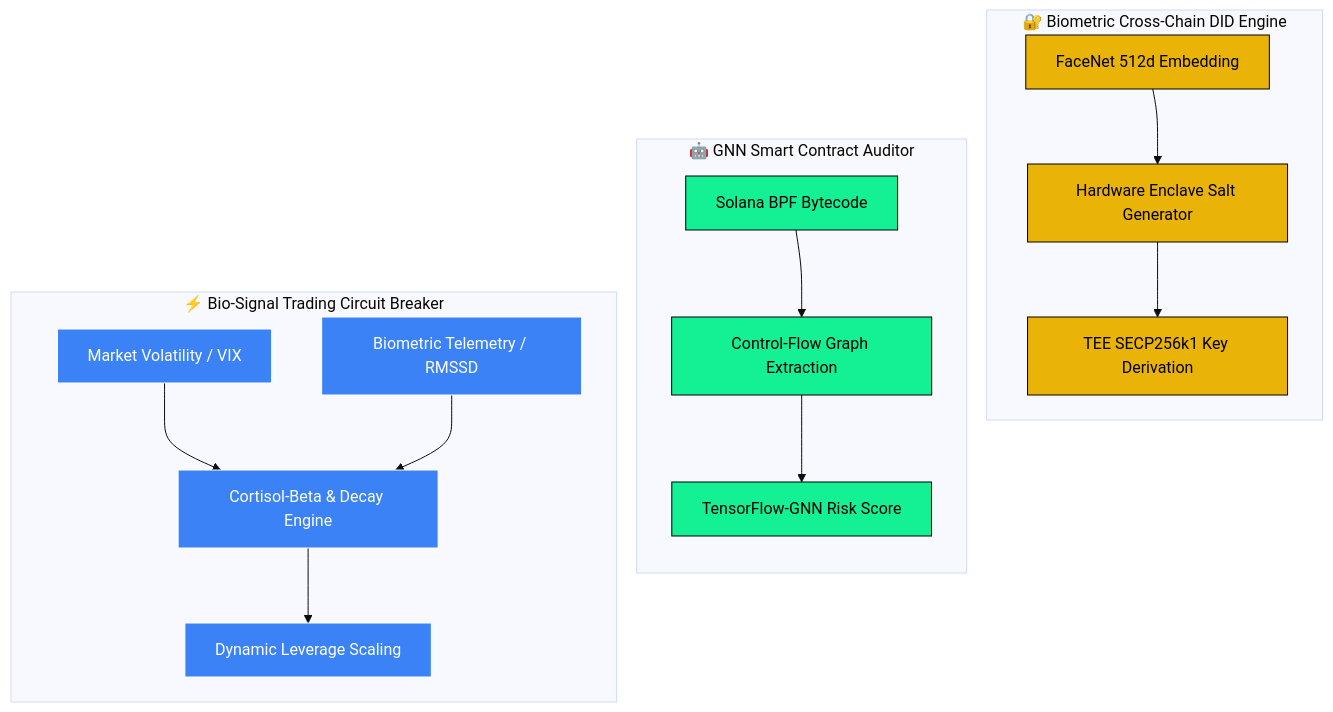
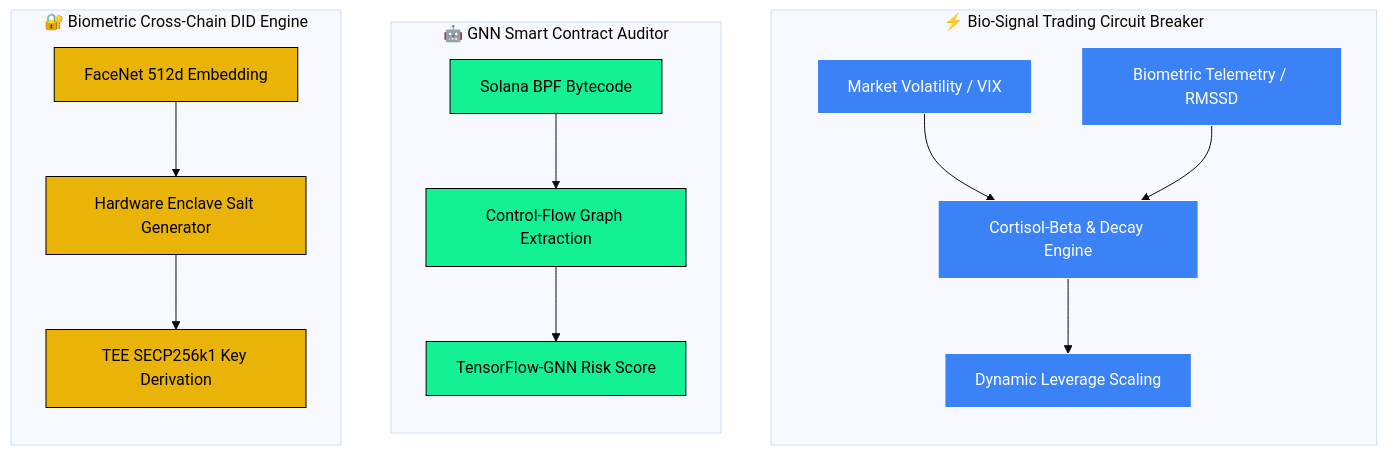
The diagram in README.md (pikum06/pikum06), drawn with Mermaid (base theme) before and after one commit.

````diff
--- a/README.md
+++ b/README.md
@@ -49,33 +49,36 @@
 ```mermaid
-graph TD
+graph LR
     subgraph P1 ["🔐 Biometric Cross-Chain DID Engine"]
+        direction TD
         A1[FaceNet 512d Embedding] --> B1[Hardware Enclave Salt Generator] --> C1[TEE SECP256k1 Key Derivation]
     end
 
     subgraph P2 ["🤖 GNN Smart Contract Auditor"]
+        direction TD
         A2[Solana BPF Bytecode] --> B2[Control-Flow Graph Extraction] --> C2[TensorFlow-GNN Risk Score]
     end
 
     subgraph P3 ["⚡ Bio-Signal Trading Circuit Breaker"]
+        direction TD
         A3[Market Volatility / VIX] & A4[Biometric Telemetry / RMSSD] --> B3[Cortisol-Beta & Decay Engine] --> C3[Dynamic Leverage Scaling]
     end
 
-    %% Force Left-to-Right horizontal layout ordering
-    A1 ~~~ A2 ~~~ A3
+    %% Force Left-to-Right horizontal ordering across the 3 subgraphs
+    P1 ~~~ P2 ~~~ P3
 
     %% 🟡 1st: Biometric Cross-Chain DID Engine (Yellow)
     style A1 fill:#eab308,stroke:#000,color:#000
     style B1 fill:#eab308,stroke:#000,color:#000
     style C1 fill:#eab308,stroke:#000,color:#000
 
     %% 🟢 2nd: GNN Smart Contract Auditor (Green)
     style A2 fill:#14f195,stroke:#000,color:#000
     style B2 fill:#14f195,stroke:#000,color:#000
     style C2 fill:#14f195,stroke:#000,color:#000
 
     %% 🔵 3rd: Bio-Signal Circuit Breaker (Blue)
     style A3 fill:#3b82f6,stroke:#fff,color:#fff
     style A4 fill:#3b82f6,stroke:#fff,color:#fff
     style B3 fill:#3b82f6,stroke:#fff,color:#fff
     style C3 fill:#3b82f6,stroke:#fff,color:#fff
 ```
````
